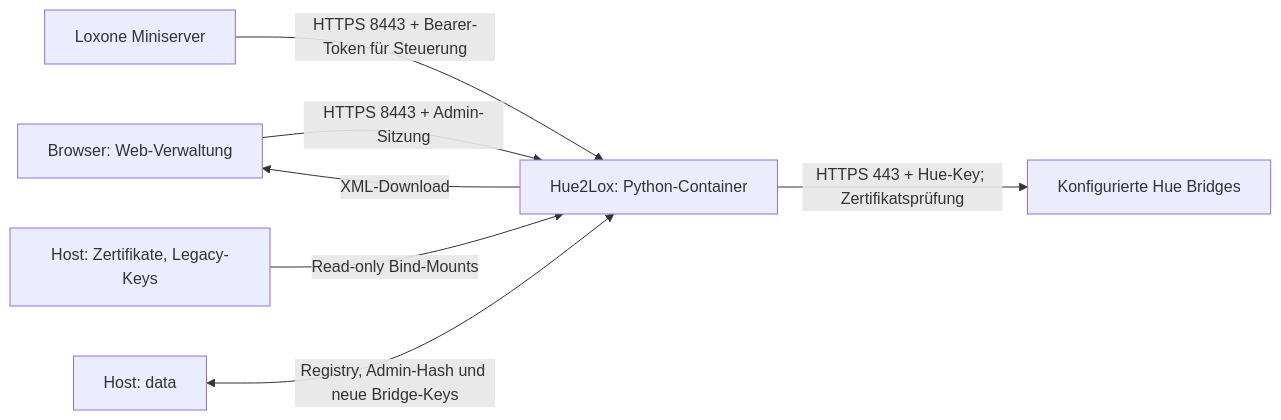
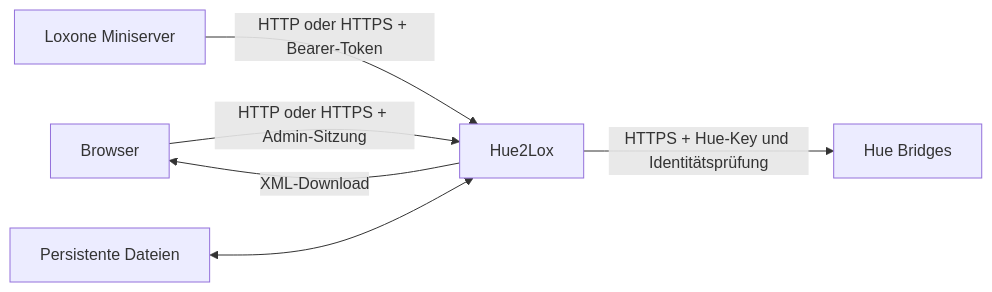
The diagram in docs/CONTAINER.md (square-com-de/hue2lox), drawn with Mermaid before and after one commit. The commit also changed other lines of this file and 59 other files, not shown here.

````diff
--- a/docs/CONTAINER.md
+++ b/docs/CONTAINER.md
@@ -49,9 +9,8 @@
 ```mermaid
 flowchart LR
-    Browser[Browser: Web-Verwaltung] -->|HTTPS 8443 + Admin-Sitzung| Service[Hue2Lox: Python-Container]
-    MS[Loxone Miniserver] -->|HTTPS 8443 + Bearer-Token für Steuerung| Service
-    Service -->|HTTPS 443 + Hue-Key; Zertifikatsprüfung| Hue[Konfigurierte Hue Bridges]
-    Secrets[Host: Zertifikate, Legacy-Keys] -->|Read-only Bind-Mounts| Service
-    State[Host: data] <-->|Registry, Admin-Hash und neue Bridge-Keys| Service
+    Browser[Browser] -->|HTTP oder HTTPS + Admin-Sitzung| Service[Hue2Lox]
+    MS[Loxone Miniserver] -->|HTTP oder HTTPS + Bearer-Token| Service
+    Service -->|HTTPS + Hue-Key und Identitätsprüfung| Hue[Hue Bridges]
+    State[Persistente Dateien] <--> Service
     Service -->|XML-Download| Browser
 ```
````
